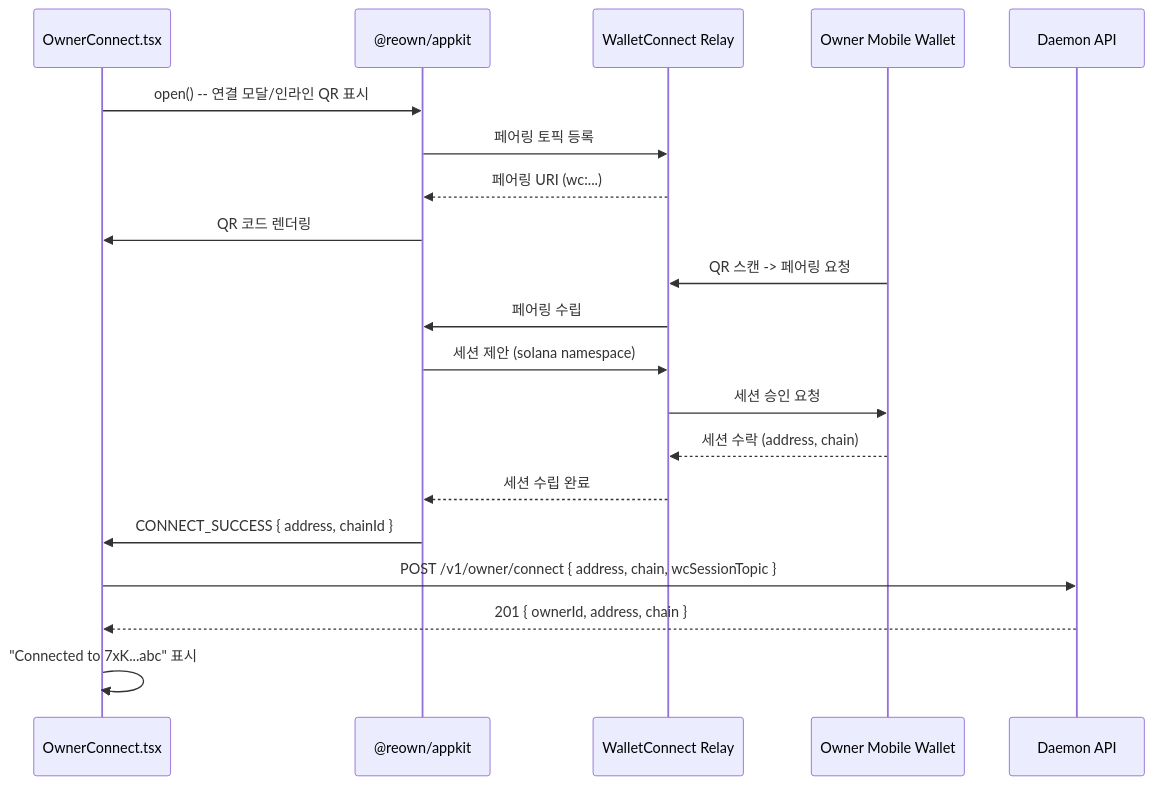
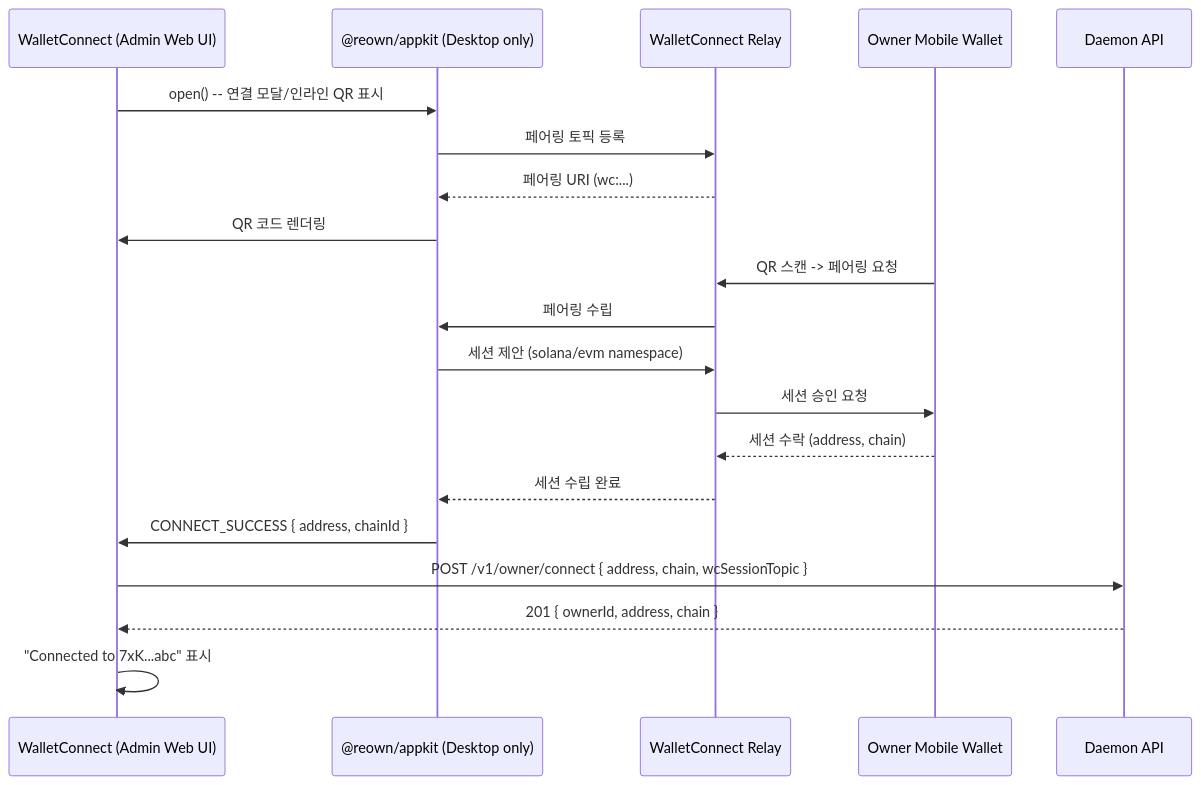
One commit to minhoyoo-iotrust/WAIaaS changed the sixth of 8 diagrams in internal/design/39-tauri-desktop-architecture.md. Above: the diagram before and after it, drawn with Mermaid. The commit also changed other lines of this file, not shown here.

First line of the commit message:
docs(456-02): rewrite sections 7, 13 for Admin Web UI reuse with Desktop extensions

````diff
--- a/internal/design/39-tauri-desktop-architecture.md
+++ b/internal/design/39-tauri-desktop-architecture.md
@@ -1309,26 +1078,26 @@
 ```mermaid
 sequenceDiagram
-    participant UI as OwnerConnect.tsx
-    participant AppKit as @reown/appkit
+    participant UI as WalletConnect (Admin Web UI)
+    participant AppKit as @reown/appkit (Desktop only)
     participant Relay as WalletConnect Relay
     participant Wallet as Owner Mobile Wallet
     participant API as Daemon API
 
     UI->>AppKit: open() -- 연결 모달/인라인 QR 표시
     AppKit->>Relay: 페어링 토픽 등록
     Relay-->>AppKit: 페어링 URI (wc:...)
     AppKit->>UI: QR 코드 렌더링
 
     Wallet->>Relay: QR 스캔 -> 페어링 요청
     Relay->>AppKit: 페어링 수립
 
-    AppKit->>Relay: 세션 제안 (solana namespace)
+    AppKit->>Relay: 세션 제안 (solana/evm namespace)
     Relay->>Wallet: 세션 승인 요청
     Wallet-->>Relay: 세션 수락 (address, chain)
     Relay-->>AppKit: 세션 수립 완료
 
     AppKit->>UI: CONNECT_SUCCESS { address, chainId }
     UI->>API: POST /v1/owner/connect { address, chain, wcSessionTopic }
     API-->>UI: 201 { ownerId, address, chain }
     UI->>UI: "Connected to 7xK...abc" 표시
 ```
````
